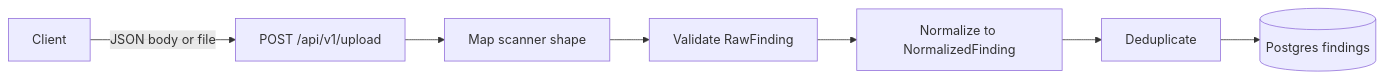
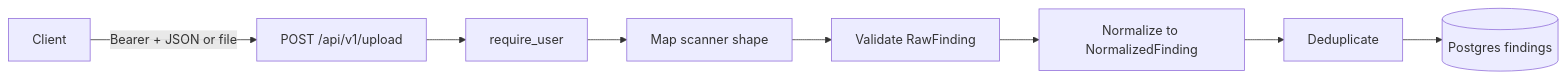
Before and after one commit to protektiq/helion: the second of 8 diagrams in data_flow_diagram.md, drawn with Mermaid. The commit also changed other lines of this file and 24 other files, not shown here.

````diff
--- a/data_flow_diagram.md
+++ b/data_flow_diagram.md
@@ -7,16 +25,18 @@
 ```mermaid
 flowchart LR
   Client[Client]
   Upload[POST /api/v1/upload]
+  Auth[require_user]
   Map[Map scanner shape]
   Validate[Validate RawFinding]
   Normalize[Normalize to NormalizedFinding]
   Dedupe[Deduplicate]
   DB[(Postgres findings)]
-  Client -->|"JSON body or file"| Upload
-  Upload --> Map
+  Client -->|"Bearer + JSON or file"| Upload
+  Upload --> Auth
+  Auth --> Map
   Map --> Validate
   Validate --> Normalize
   Normalize --> Dedupe
   Dedupe --> DB
 ```
````
